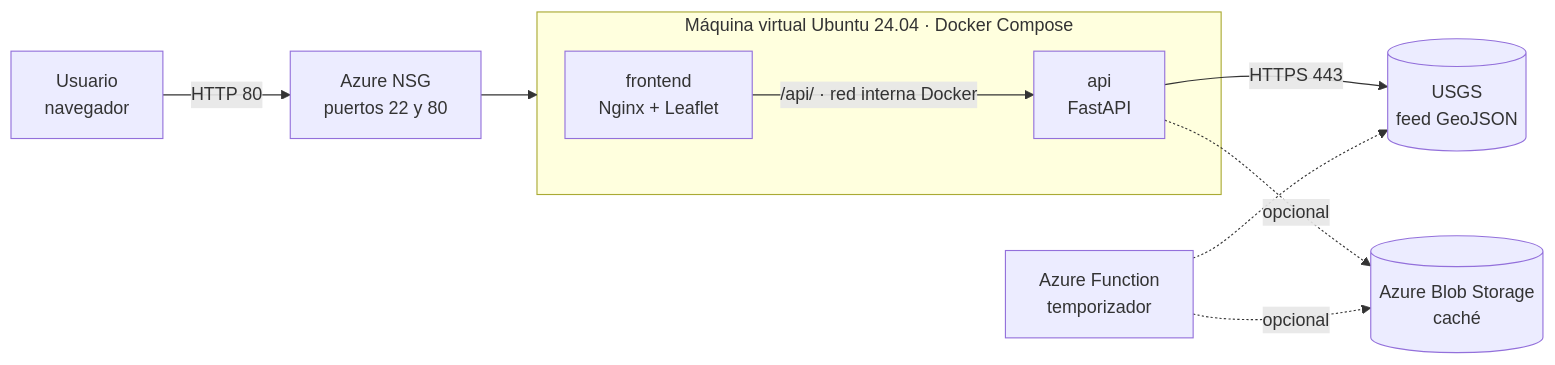
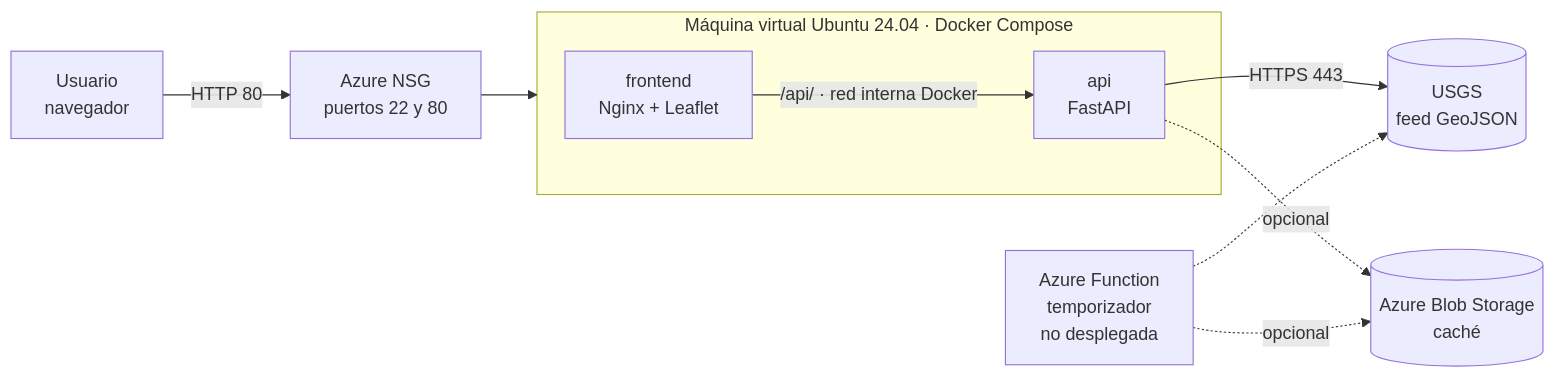
Before and after one commit to Gahox0ff/SismoWatch: the first of 2 diagrams in README.md, drawn with Mermaid. The commit also changed other lines of this file, not shown here.

````diff
--- a/README.md
+++ b/README.md
@@ -70,14 +87,14 @@
 ```mermaid
 flowchart LR
     U[Usuario<br/>navegador] -->|HTTP 80| NSG[Azure NSG<br/>puertos 22 y 80]
     NSG --> VM
 
     subgraph VM[Máquina virtual Ubuntu 24.04 · Docker Compose]
       F[frontend<br/>Nginx + Leaflet] -->|/api/ · red interna Docker| A[api<br/>FastAPI]
     end
 
     A -->|HTTPS 443| USGS[(USGS<br/>feed GeoJSON)]
     A -. opcional .-> B[(Azure Blob Storage<br/>caché)]
-    FN[Azure Function<br/>temporizador] -. opcional .-> B
+    FN[Azure Function<br/>temporizador<br/>no desplegada] -. opcional .-> B
     FN -.-> USGS
 ```
````
